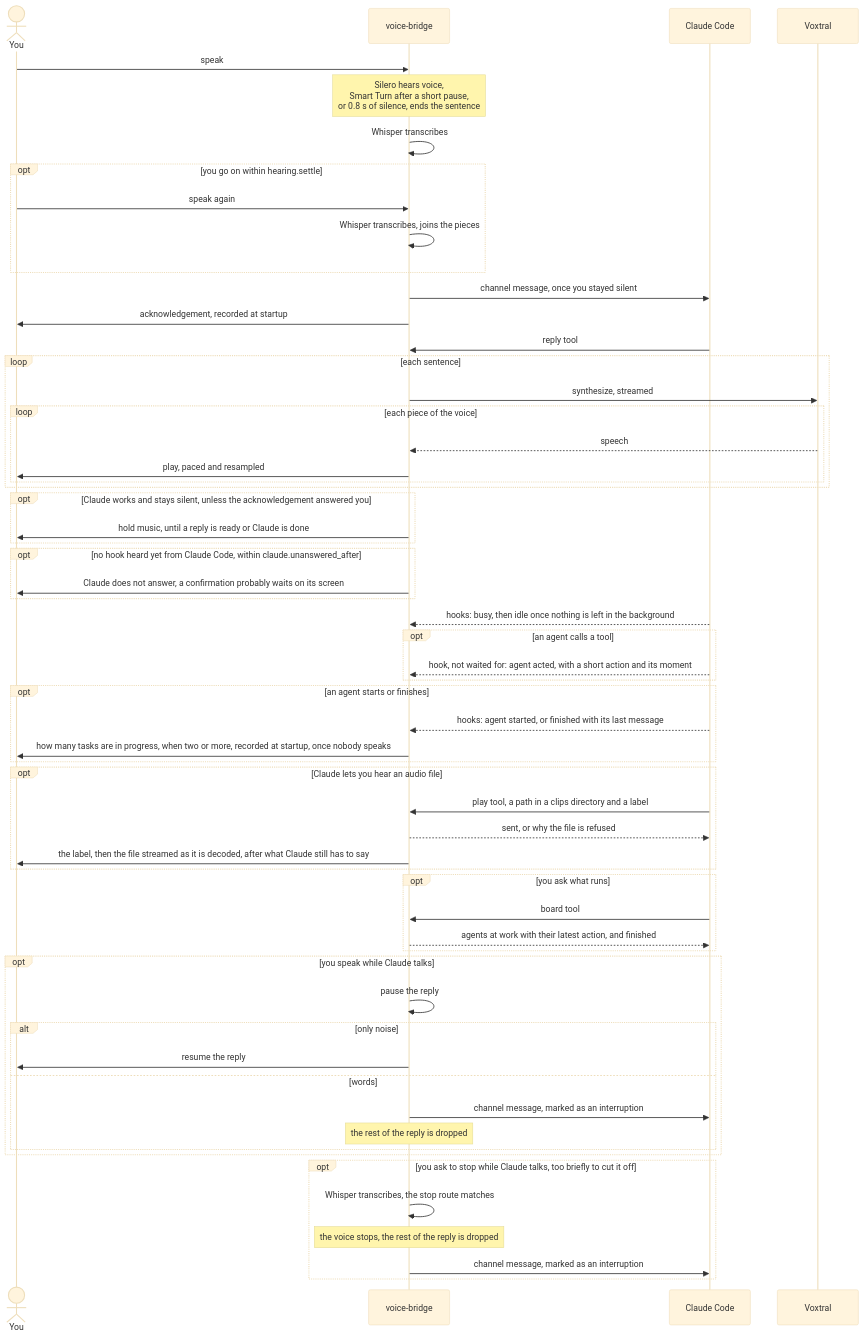
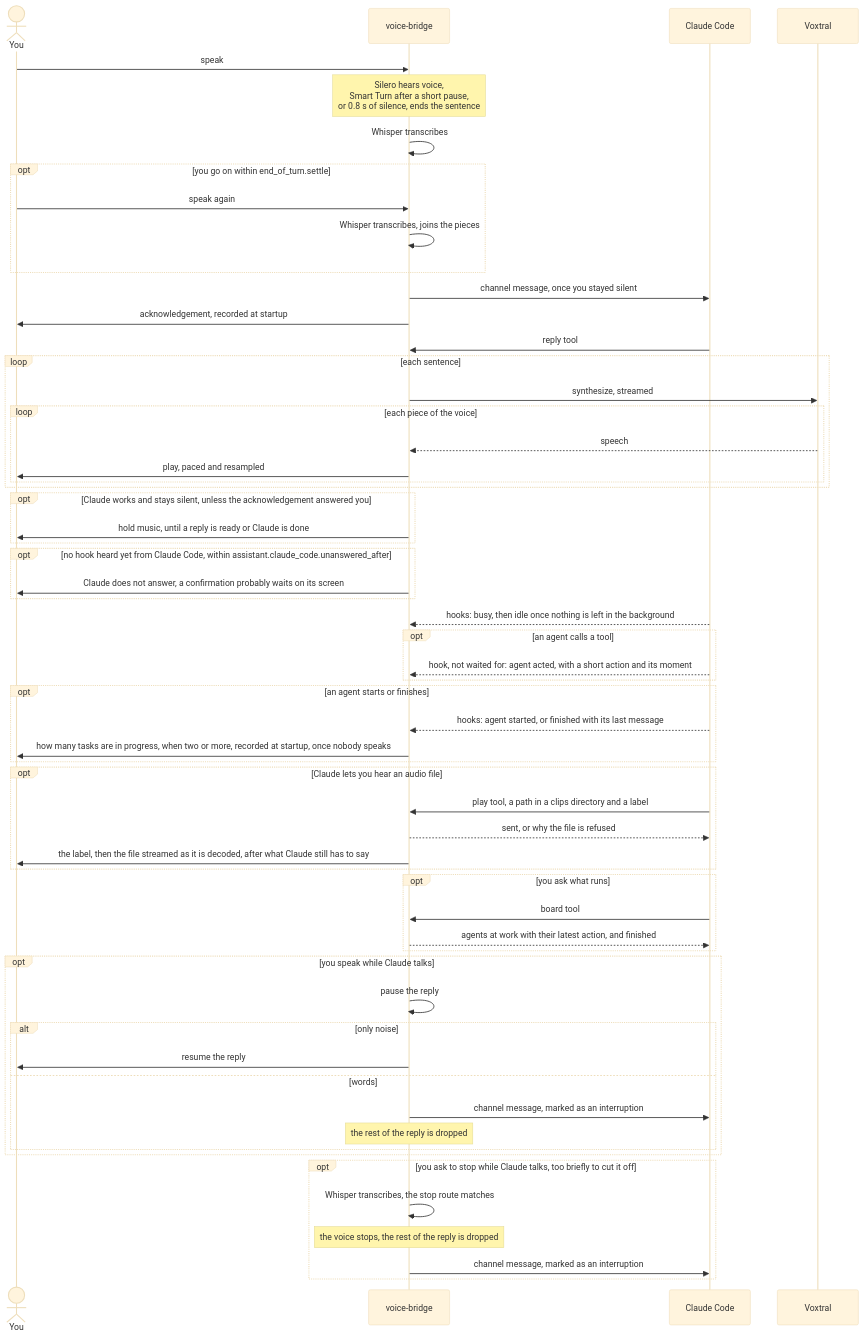
The second of 3 diagrams in README.md (marc-gavanier/voice-bridge), drawn with Mermaid (base theme) before and after one commit. The commit also changed other lines of this file and 3 other files, not shown here.

````diff
--- a/README.md
+++ b/README.md
@@ -52,62 +52,62 @@
 ```mermaid
 sequenceDiagram
     actor you as You
     participant bridge as voice-bridge
     participant claude as Claude Code
     participant voxtral as Voxtral
 
     you->>bridge: speak
     Note over bridge: Silero hears voice,<br/>Smart Turn after a short pause,<br/>or 0.8 s of silence, ends the sentence
     bridge->>bridge: Whisper transcribes
-    opt you go on within hearing.settle
+    opt you go on within end_of_turn.settle
         you->>bridge: speak again
         bridge->>bridge: Whisper transcribes, joins the pieces
     end
     bridge->>claude: channel message, once you stayed silent
     bridge->>you: acknowledgement, recorded at startup
     claude->>bridge: reply tool
     loop each sentence
         bridge->>voxtral: synthesize, streamed
         loop each piece of the voice
             voxtral-->>bridge: speech
             bridge->>you: play, paced and resampled
         end
     end
     opt Claude works and stays silent, unless the acknowledgement answered you
         bridge->>you: hold music, until a reply is ready or Claude is done
     end
-    opt no hook heard yet from Claude Code, within claude.unanswered_after
+    opt no hook heard yet from Claude Code, within assistant.claude_code.unanswered_after
         bridge->>you: Claude does not answer, a confirmation probably waits on its screen
     end
     claude-->>bridge: hooks: busy, then idle once nothing is left in the background
     opt an agent calls a tool
         claude-->>bridge: hook, not waited for: agent acted, with a short action and its moment
     end
     opt an agent starts or finishes
         claude-->>bridge: hooks: agent started, or finished with its last message
         bridge->>you: how many tasks are in progress, when two or more, recorded at startup, once nobody speaks
     end
     opt Claude lets you hear an audio file
         claude->>bridge: play tool, a path in a clips directory and a label
         bridge-->>claude: sent, or why the file is refused
         bridge->>you: the label, then the file streamed as it is decoded, after what Claude still has to say
     end
     opt you ask what runs
         claude->>bridge: board tool
         bridge-->>claude: agents at work with their latest action, and finished
     end
     opt you speak while Claude talks
         bridge->>bridge: pause the reply
         alt only noise
             bridge->>you: resume the reply
         else words
             bridge->>claude: channel message, marked as an interruption
             Note over bridge: the rest of the reply is dropped
         end
     end
     opt you ask to stop while Claude talks, too briefly to cut it off
         bridge->>bridge: Whisper transcribes, the stop route matches
         Note over bridge: the voice stops, the rest of the reply is dropped
         bridge->>claude: channel message, marked as an interruption
     end
 ```
````
